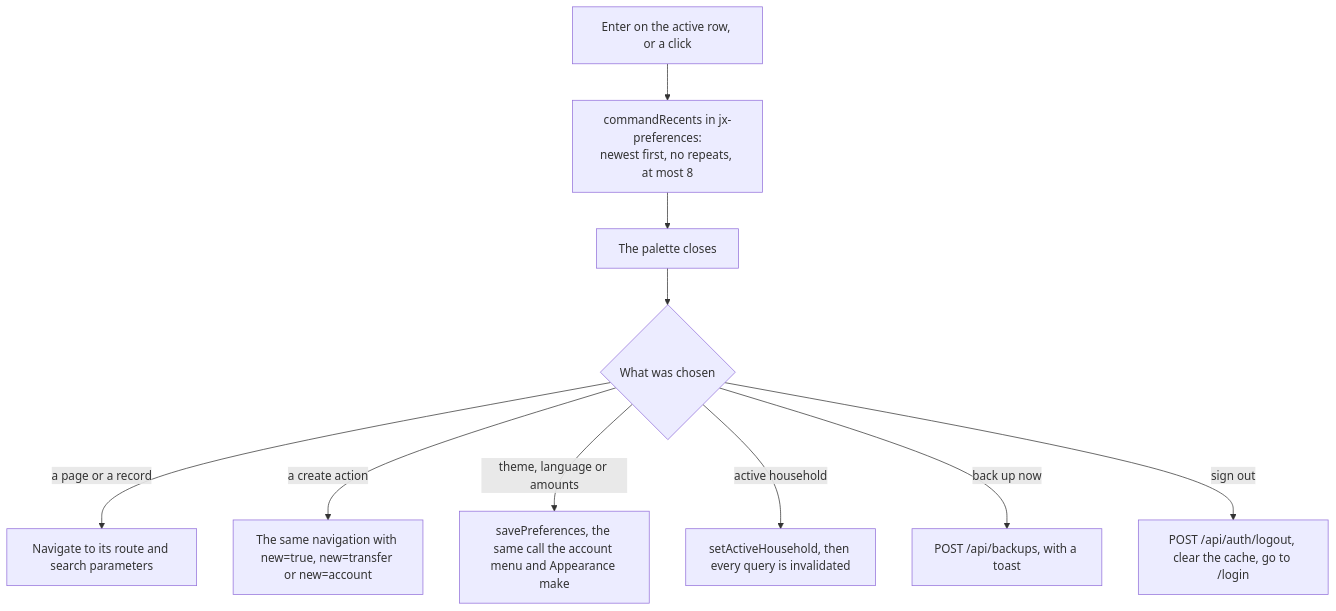
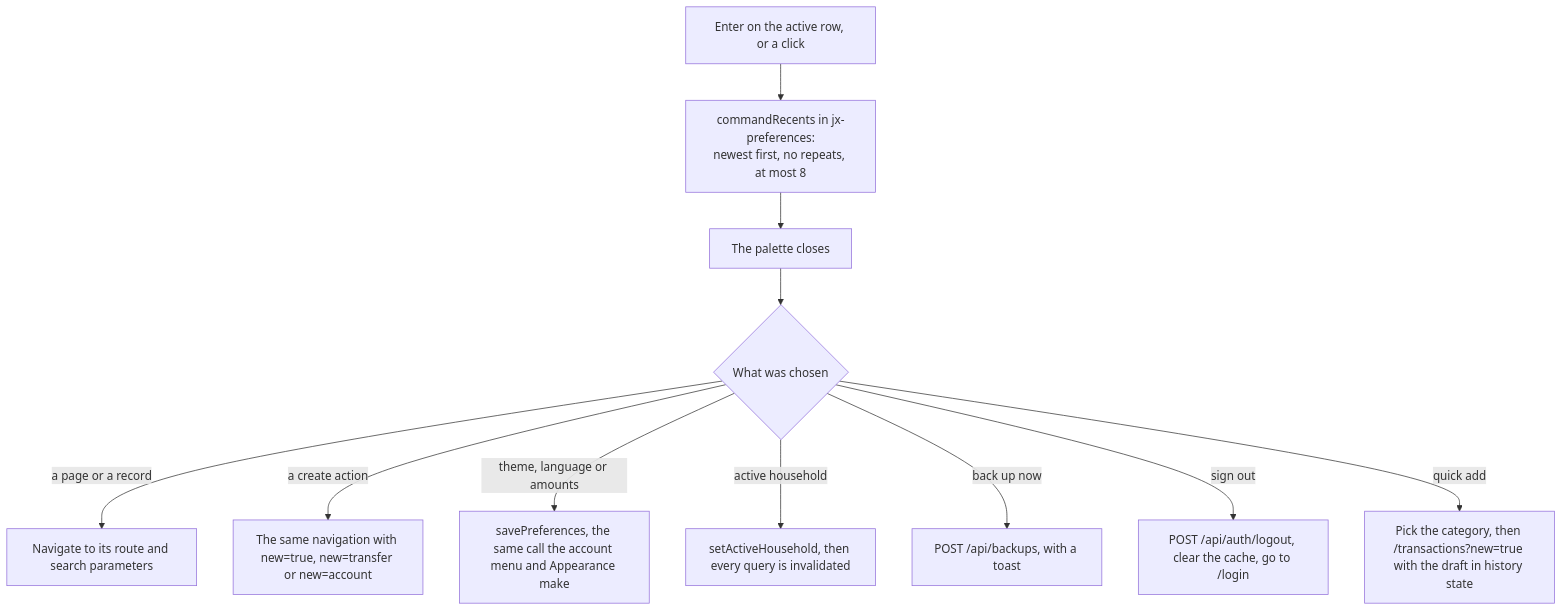
The sixth of 7 diagrams in docs/features/interface.md (Justxs/Jx-Finance), drawn with Mermaid before and after one commit. The commit also changed other lines of this file and 29 other files, not shown here.

````diff
--- a/docs/features/interface.md
+++ b/docs/features/interface.md
@@ -147,12 +148,13 @@
 ```mermaid
 flowchart TD
     Choose["Enter on the active row, or a click"] --> Remember["commandRecents in jx-preferences:<br/>newest first, no repeats, at most 8"]
     Remember --> Close["The palette closes"]
     Close --> Kind{"What was chosen"}
     Kind -->|"a page or a record"| Nav["Navigate to its route and search parameters"]
     Kind -->|"a create action"| Url["The same navigation with new=true, new=transfer or new=account"]
     Kind -->|"theme, language or amounts"| Pref["savePreferences, the same call the account menu and Appearance make"]
     Kind -->|"active household"| Scope["setActiveHousehold, then every query is invalidated"]
     Kind -->|"back up now"| Backup["POST /api/backups, with a toast"]
     Kind -->|"sign out"| Out["POST /api/auth/logout, clear the cache, go to /login"]
+    Kind -->|"quick add"| Quick["Pick the category, then /transactions?new=true with the draft in history state"]
 ```
````
